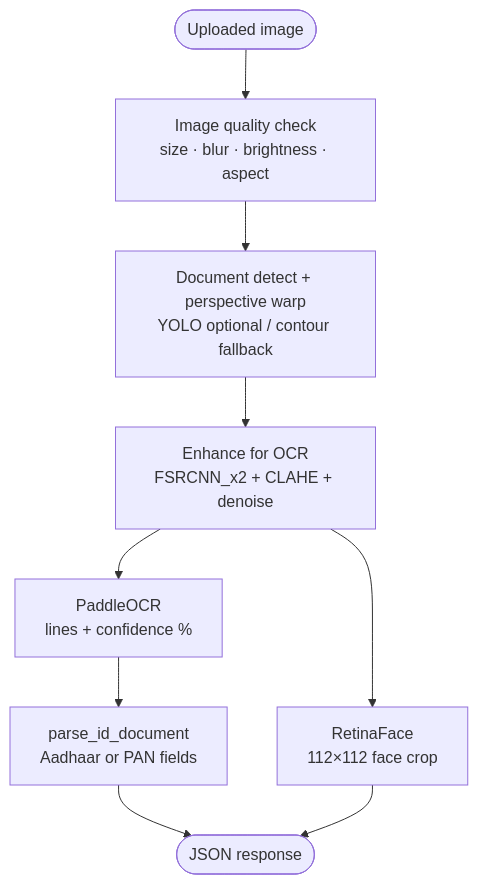
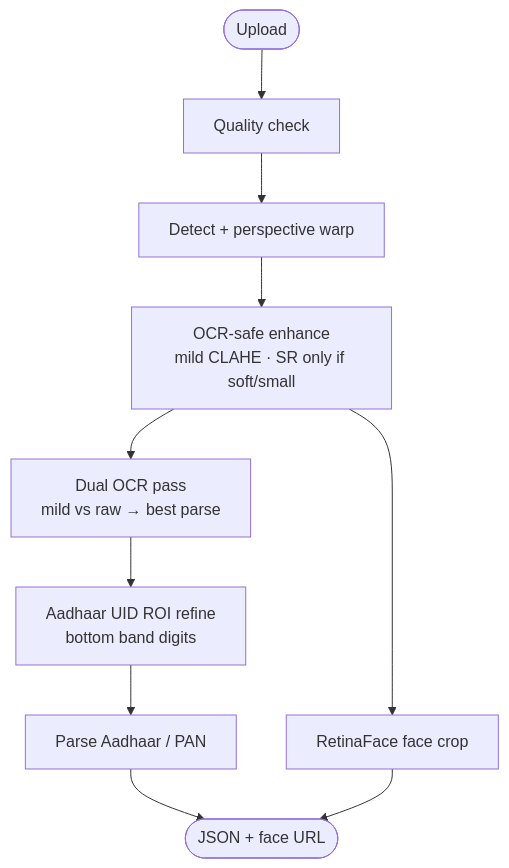
Before and after one commit to Saravanan2005real/zudoc-doctor-portal-EKYC: the fourth of 5 diagrams in README.md, drawn with Mermaid. The commit also changed other lines of this file and 23 other files, not shown here.

First line of the commit message:
Add FGI-Net eye tracking module and refresh eKYC architecture docs.

````diff
--- a/README.md
+++ b/README.md
@@ -184,11 +183,12 @@
 ```mermaid
 flowchart TD
-  U(["Uploaded image"]) --> Q["Image quality check<br/>size · blur · brightness · aspect"]
-  Q --> W["Document detect + perspective warp<br/>YOLO optional / contour fallback"]
-  W --> E["Enhance for OCR<br/>FSRCNN_x2 + CLAHE + denoise"]
-  E --> F["RetinaFace<br/>112×112 face crop"]
-  E --> O["PaddleOCR<br/>lines + confidence %"]
-  O --> P["parse_id_document<br/>Aadhaar or PAN fields"]
-  P --> R(["JSON response"])
-  F --> R
+  U([Upload]) --> Q[Quality check]
+  Q --> W[Detect + perspective warp]
+  W --> E["OCR-safe enhance<br/>mild CLAHE · SR only if soft/small"]
+  E --> FACE[RetinaFace face crop]
+  E --> PASS["Dual OCR pass<br/>mild vs raw → best parse"]
+  PASS --> ROI["Aadhaar UID ROI refine<br/>bottom band digits"]
+  ROI --> P[Parse Aadhaar / PAN]
+  P --> R([JSON + face URL])
+  FACE --> R
 ```
````
